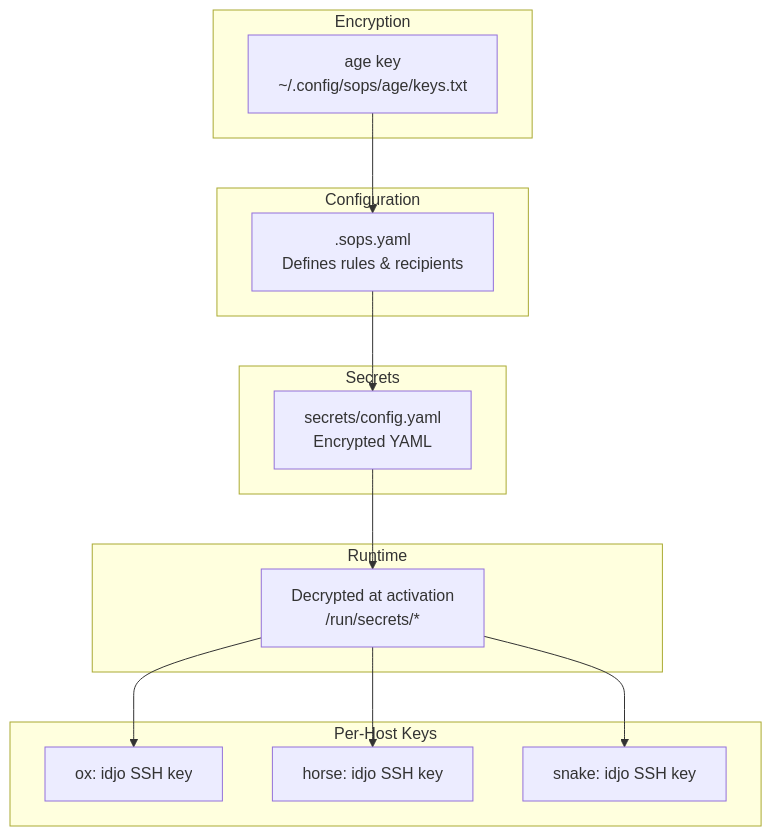
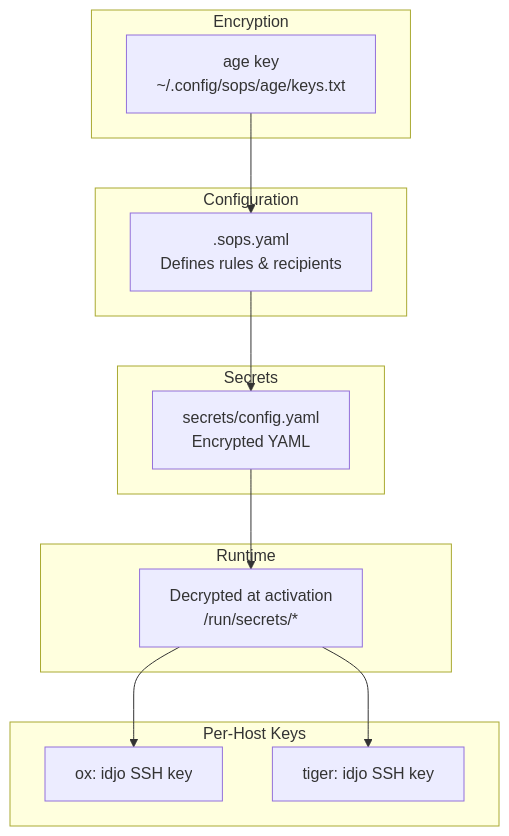
Diagram 12 of 15 in docs/ARCHITECTURE.md (idjoo/dotfiles), drawn with Mermaid before and after one commit. The commit also changed other lines of this file and 15 other files, not shown here.

First line of the commit message:
chore: 🔥 remove devoteam work identity and horse/snake hosts

````diff
--- a/docs/ARCHITECTURE.md
+++ b/docs/ARCHITECTURE.md
@@ -534,32 +518,30 @@
 ```mermaid
 flowchart TB
     subgraph "Encryption"
         AGE[age key<br/>~/.config/sops/age/keys.txt]
     end
 
     subgraph "Configuration"
         SOPS[.sops.yaml<br/>Defines rules & recipients]
     end
 
     subgraph "Secrets"
         SEC[secrets/config.yaml<br/>Encrypted YAML]
     end
 
     subgraph "Runtime"
         DEC[Decrypted at activation<br/>/run/secrets/*]
     end
 
     subgraph "Per-Host Keys"
         OX_KEY[ox: idjo SSH key]
-        HORSE_KEY[horse: idjo SSH key]
-        SNAKE_KEY[snake: idjo SSH key]
+        TIGER_KEY[tiger: idjo SSH key]
     end
 
     AGE --> SOPS
     SOPS --> SEC
     SEC --> DEC
 
     DEC --> OX_KEY
-    DEC --> HORSE_KEY
-    DEC --> SNAKE_KEY
+    DEC --> TIGER_KEY
 ```
````
